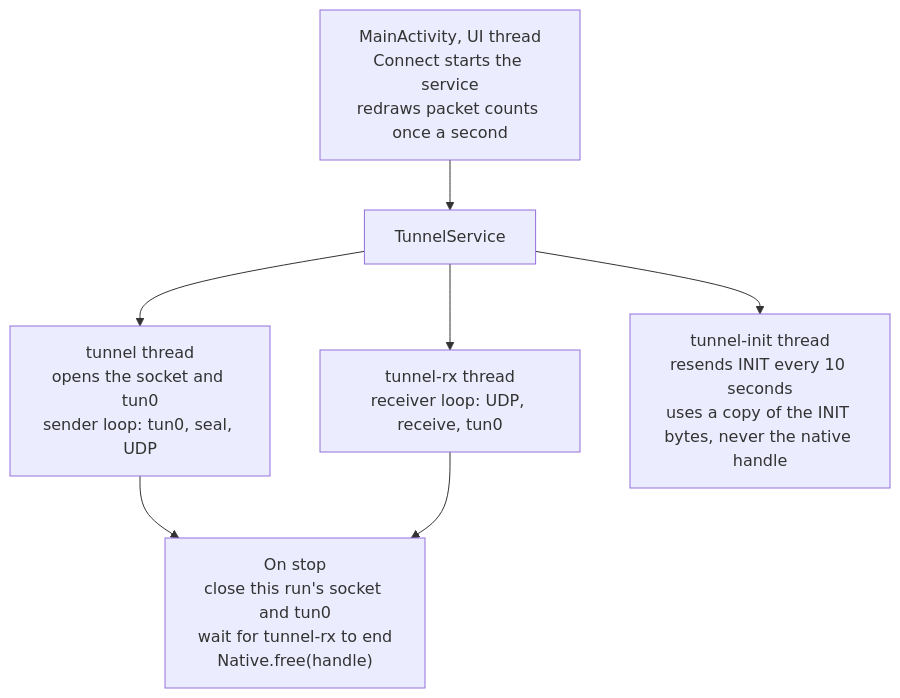
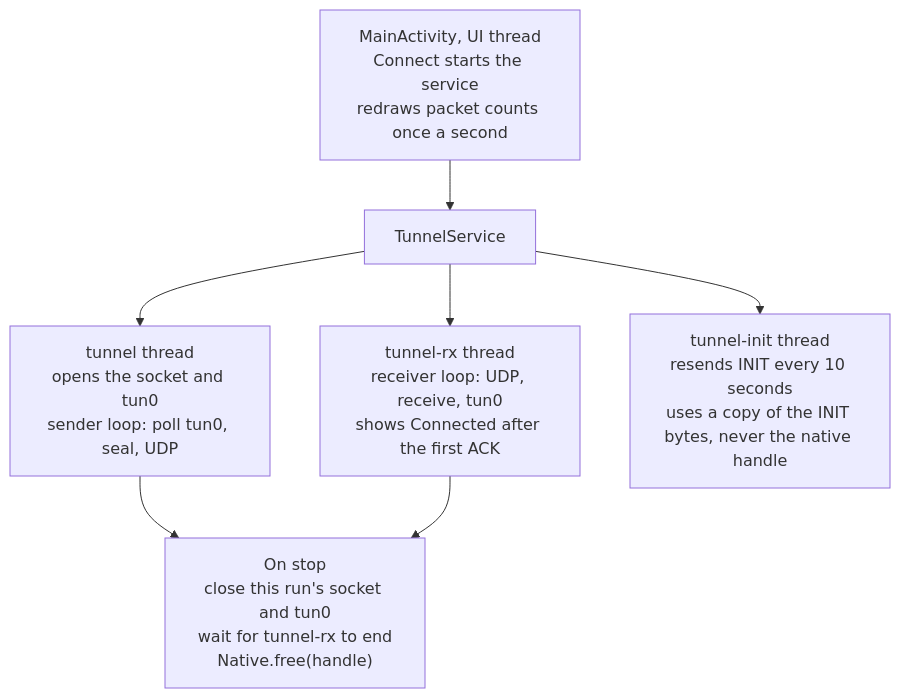
Before and after one commit to RayhungKao/pq-tunnel-demo: the diagram in README.md, drawn with Mermaid. The commit also changed other lines of this file and 15 other files, not shown here.

````diff
--- a/README.md
+++ b/README.md
@@ -124,9 +131,9 @@
 ```mermaid
 flowchart TB
   ui["MainActivity, UI thread<br/>Connect starts the service<br/>redraws packet counts once a second"] --> svc["TunnelService"]
-  svc --> t1["tunnel thread<br/>opens the socket and tun0<br/>sender loop: tun0, seal, UDP"]
-  svc --> t2["tunnel-rx thread<br/>receiver loop: UDP, receive, tun0"]
+  svc --> t1["tunnel thread<br/>opens the socket and tun0<br/>sender loop: poll tun0, seal, UDP"]
+  svc --> t2["tunnel-rx thread<br/>receiver loop: UDP, receive, tun0<br/>shows Connected after the first ACK"]
   svc --> t3["tunnel-init thread<br/>resends INIT every 10 seconds<br/>uses a copy of the INIT bytes, never the native handle"]
   t1 --> stop["On stop<br/>close this run's socket and tun0<br/>wait for tunnel-rx to end<br/>Native.free(handle)"]
   t2 --> stop
 ```
````
